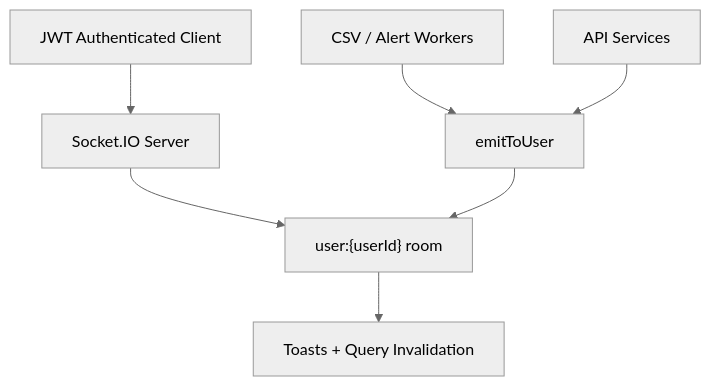
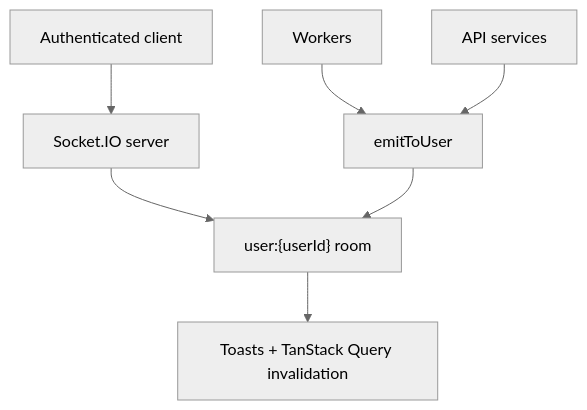
One commit to SriHarshaRajuY/RiskLens changed the fourth of 5 diagrams in README.md. Above: the diagram before and after it, drawn with Mermaid (neutral theme). The commit also changed other lines of this file and 43 other files, not shown here.

````diff
--- a/README.md
+++ b/README.md
@@ -119,9 +258,9 @@
 ```mermaid
 flowchart TD
-  Login["JWT Authenticated Client"] --> Socket["Socket.IO Server"]
+  Login["Authenticated client"] --> Socket["Socket.IO server"]
   Socket --> Room["user:{userId} room"]
-  Worker["CSV / Alert Workers"] --> Emit["emitToUser"]
-  API["API Services"] --> Emit
+  Worker["Workers"] --> Emit["emitToUser"]
+  API["API services"] --> Emit
   Emit --> Room
-  Room --> Toasts["Toasts + Query Invalidation"]
+  Room --> UI["Toasts + TanStack Query invalidation"]
 ```
````
